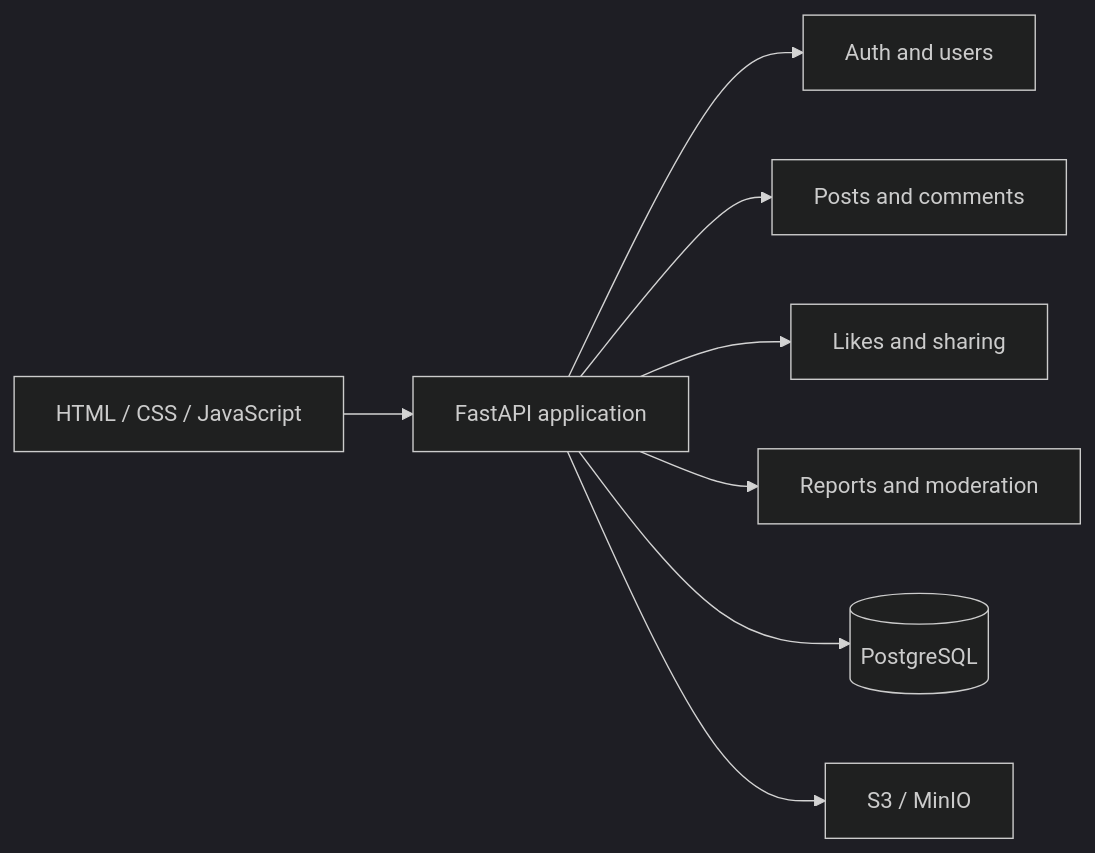
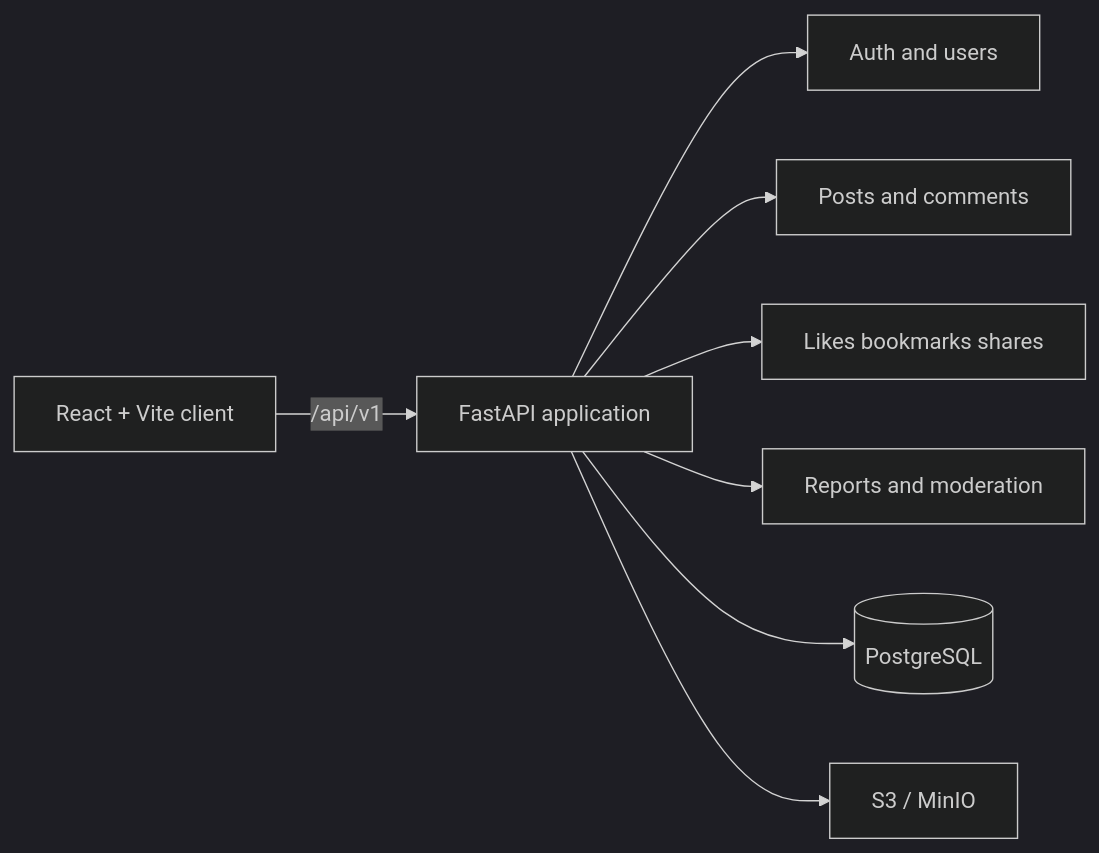
Before and after one commit to Kene33/simple-blog: the second of 2 diagrams in README.md, drawn with Mermaid (dark theme). The commit also changed other lines of this file and 1 other file, not shown here.

````diff
--- a/README.md
+++ b/README.md
@@ -135,10 +132,10 @@
 ```mermaid
 flowchart LR
-    Browser["HTML / CSS / JavaScript"] --> App["FastAPI application"]
-    App --> Auth["Auth and users"]
-    App --> Content["Posts and comments"]
-    App --> Social["Likes and sharing"]
-    App --> Moderation["Reports and moderation"]
-    App --> DB[("PostgreSQL")]
-    App --> Storage["S3 / MinIO"]
+    Browser[React + Vite client] -->|/api/v1| App[FastAPI application]
+    App --> Auth[Auth and users]
+    App --> Content[Posts and comments]
+    App --> Social[Likes bookmarks shares]
+    App --> Moderation[Reports and moderation]
+    App --> DB[(PostgreSQL)]
+    App --> Storage[S3 / MinIO]
 ```
````
